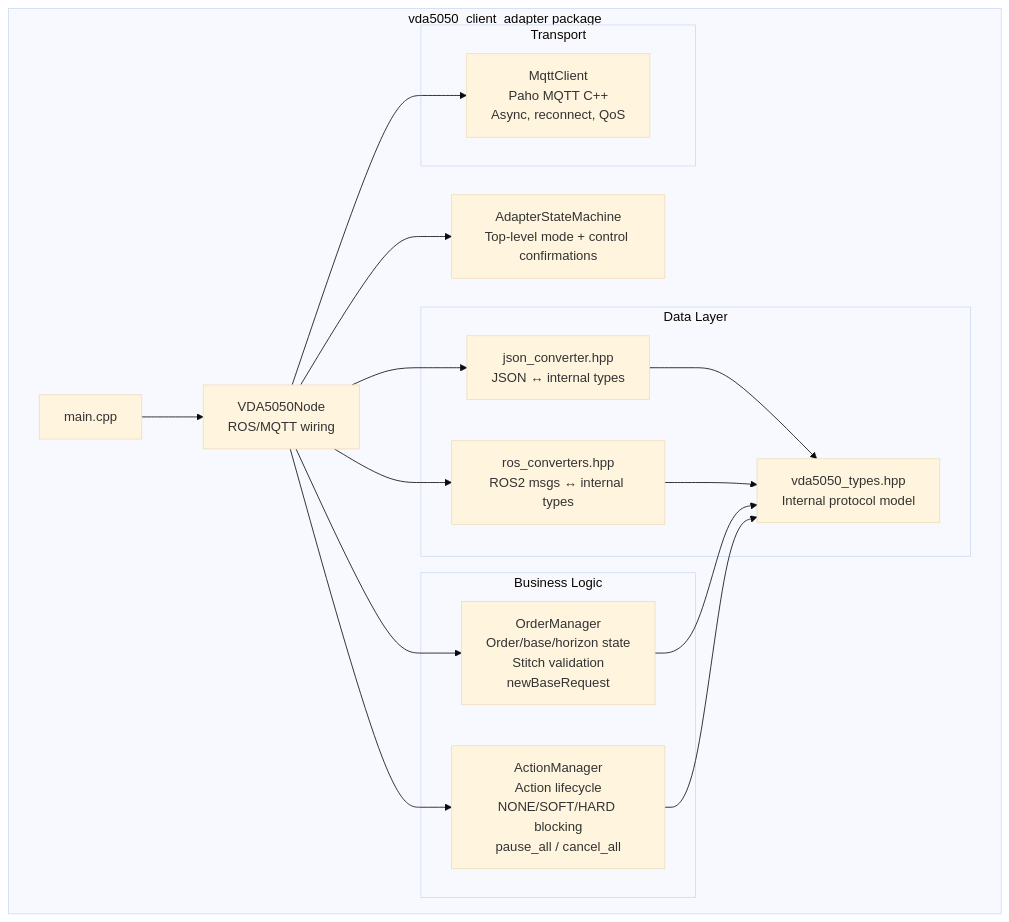
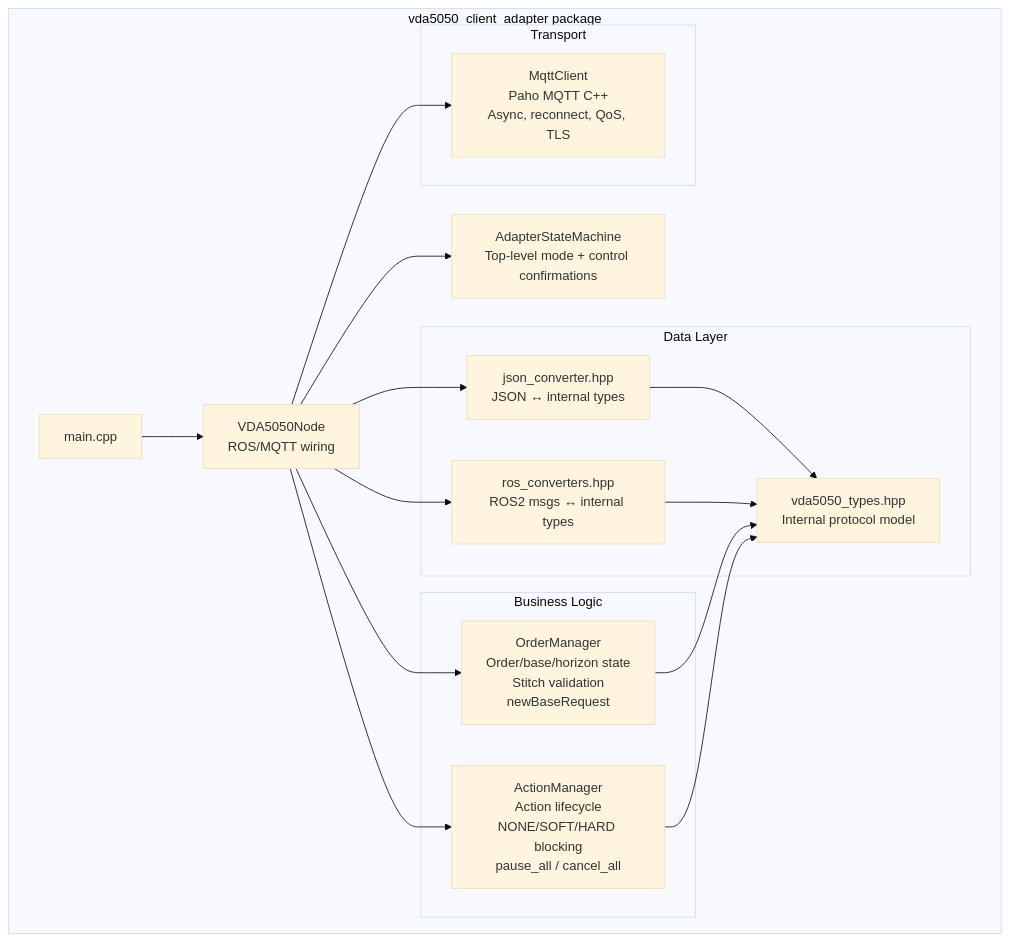
The second of 7 diagrams in vda5050_client_adapter/docs/architecture.md (NhatTran-97/eiu-vda5050-support-open-rmf), drawn with Mermaid (base theme) before and after one commit. The commit also changed other lines of this file and 13 other files, not shown here.

Commit message:
vda5050_client_adapter: TLS support, protocol hardening, docs rewrite

````diff
--- a/vda5050_client_adapter/docs/architecture.md
+++ b/vda5050_client_adapter/docs/architecture.md
@@ -51,35 +57,35 @@
 ```mermaid
 flowchart TB
     subgraph Adapter["vda5050_client_adapter package"]
         Main["main.cpp"]
         Node["VDA5050Node\nROS/MQTT wiring"]
         SM["AdapterStateMachine\nTop-level mode + control confirmations"]
 
         subgraph Logic["Business Logic"]
             Order["OrderManager\nOrder/base/horizon state\nStitch validation\nnewBaseRequest"]
             Action["ActionManager\nAction lifecycle\nNONE/SOFT/HARD blocking\npause_all / cancel_all"]
         end
 
         subgraph Data["Data Layer"]
             Types["vda5050_types.hpp\nInternal protocol model"]
             Json["json_converter.hpp\nJSON ↔ internal types"]
             Ros["ros_converters.hpp\nROS2 msgs ↔ internal types"]
         end
 
         subgraph Transport["Transport"]
-            Mqtt["MqttClient\nPaho MQTT C++\nAsync, reconnect, QoS"]
+            Mqtt["MqttClient\nPaho MQTT C++\nAsync, reconnect, QoS, TLS"]
         end
 
         Main --> Node
         Node --> SM
         Node --> Mqtt
         Node --> Order
         Node --> Action
         Node --> Json
         Node --> Ros
         Json --> Types
         Ros --> Types
         Order --> Types
         Action --> Types
     end
 ```
````
